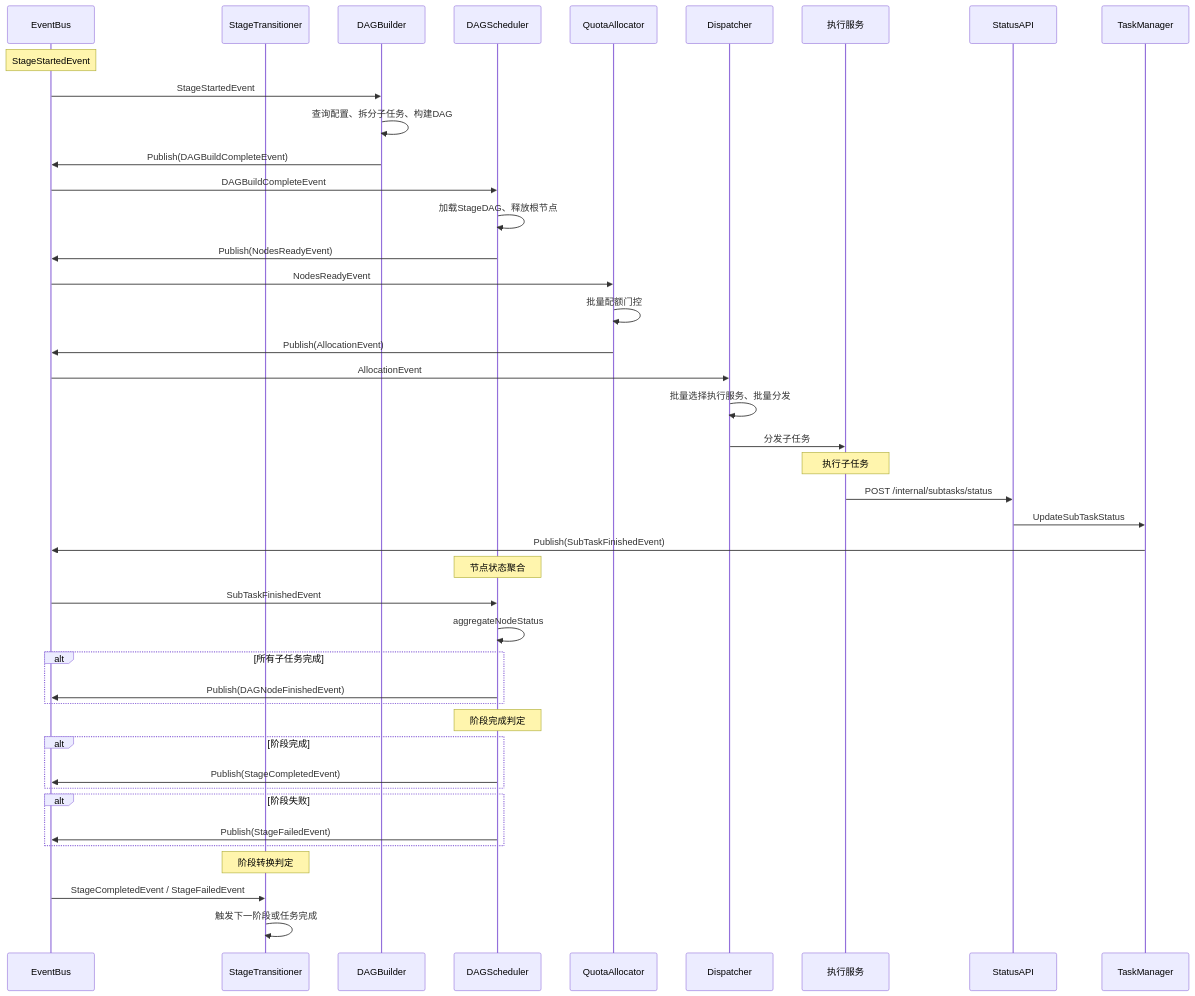
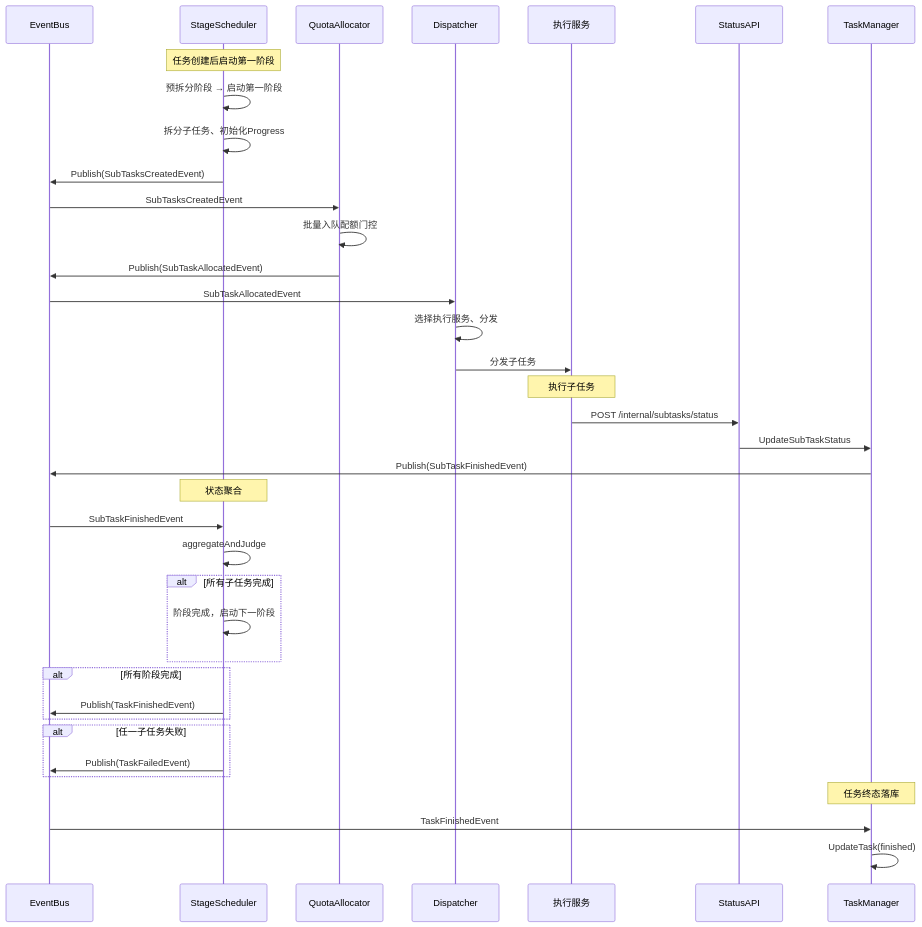
The sixth of 9 diagrams in docs/designs/模块设计文档.md (njuxumq/agent-eval-server), drawn with Mermaid before and after one commit. The commit also changed other lines of this file and 15 other files, not shown here.

````diff
--- a/docs/designs/模块设计文档.md
+++ b/docs/designs/模块设计文档.md
@@ -447,55 +509,47 @@
 ```mermaid
 sequenceDiagram
     participant EB as EventBus
-    participant ST as StageTransitioner
-    participant Builder as DAGBuilder
-    participant Scheduler as DAGScheduler
+    participant SS as StageScheduler
     participant Quota as QuotaAllocator
     participant Dispatcher as Dispatcher
     participant Executor as 执行服务
     participant API as StatusAPI
     participant TM as TaskManager
 
-    Note over EB: StageStartedEvent
+    Note over SS: 任务创建后启动第一阶段
 
-    EB->>Builder: StageStartedEvent
-    Builder->>Builder: 查询配置、拆分子任务、构建DAG
-    Builder->>EB: Publish(DAGBuildCompleteEvent)
+    SS->>SS: 预拆分阶段 → 启动第一阶段
+    SS->>SS: 拆分子任务、初始化Progress
+    SS->>EB: Publish(SubTasksCreatedEvent)
 
-    EB->>Scheduler: DAGBuildCompleteEvent
-    Scheduler->>Scheduler: 加载StageDAG、释放根节点
-    Scheduler->>EB: Publish(NodesReadyEvent)
+    EB->>Quota: SubTasksCreatedEvent
+    Quota->>Quota: 批量入队配额门控
+    Quota->>EB: Publish(SubTaskAllocatedEvent)
 
-    EB->>Quota: NodesReadyEvent
-    Quota->>Quota: 批量配额门控
-    Quota->>EB: Publish(AllocationEvent)
-
-    EB->>Dispatcher: AllocationEvent
-    Dispatcher->>Dispatcher: 批量选择执行服务、批量分发
+    EB->>Dispatcher: SubTaskAllocatedEvent
+    Dispatcher->>Dispatcher: 选择执行服务、分发
     Dispatcher->>Executor: 分发子任务
 
     Note over Executor: 执行子任务
 
     Executor->>API: POST /internal/subtasks/status
     API->>TM: UpdateSubTaskStatus
     TM->>EB: Publish(SubTaskFinishedEvent)
 
-    Note over Scheduler: 节点状态聚合
-    EB->>Scheduler: SubTaskFinishedEvent
-    Scheduler->>Scheduler: aggregateNodeStatus
+    Note over SS: 状态聚合
+    EB->>SS: SubTaskFinishedEvent
+    SS->>SS: aggregateAndJudge
     alt 所有子任务完成
-        Scheduler->>EB: Publish(DAGNodeFinishedEvent)
+        SS->>SS: 阶段完成，启动下一阶段
+    end
+    alt 所有阶段完成
+        SS->>EB: Publish(TaskFinishedEvent)
+    end
+    alt 任一子任务失败
+        SS->>EB: Publish(TaskFailedEvent)
     end
 
-    Note over Scheduler: 阶段完成判定
-    alt 阶段完成
-        Scheduler->>EB: Publish(StageCompletedEvent)
-    end
-    alt 阶段失败
-        Scheduler->>EB: Publish(StageFailedEvent)
-    end
-
-    Note over ST: 阶段转换判定
-    EB->>ST: StageCompletedEvent / StageFailedEvent
-    ST->>ST: 触发下一阶段或任务完成
+    Note over TM: 任务终态落库
+    EB->>TM: TaskFinishedEvent
+    TM->>TM: UpdateTask(finished)
 ```
````
